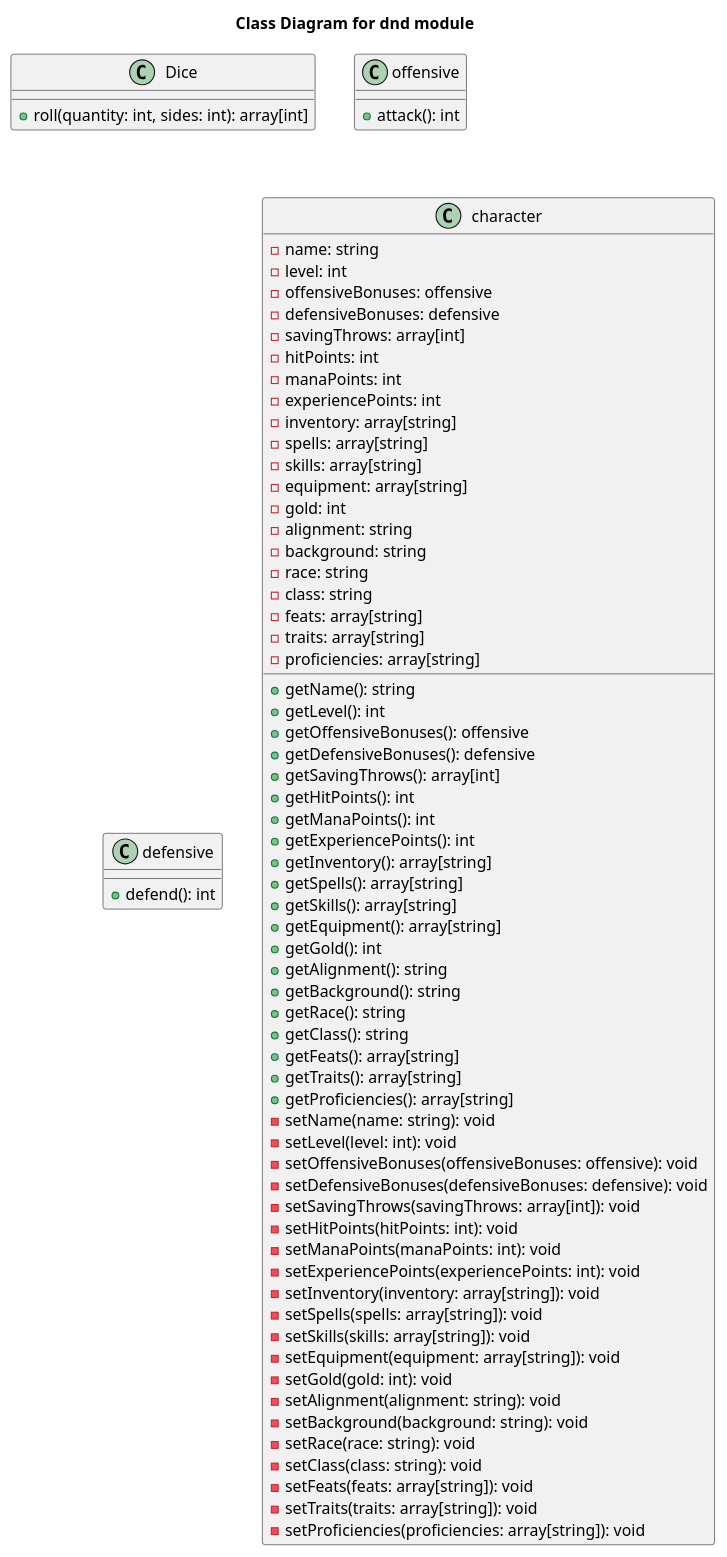
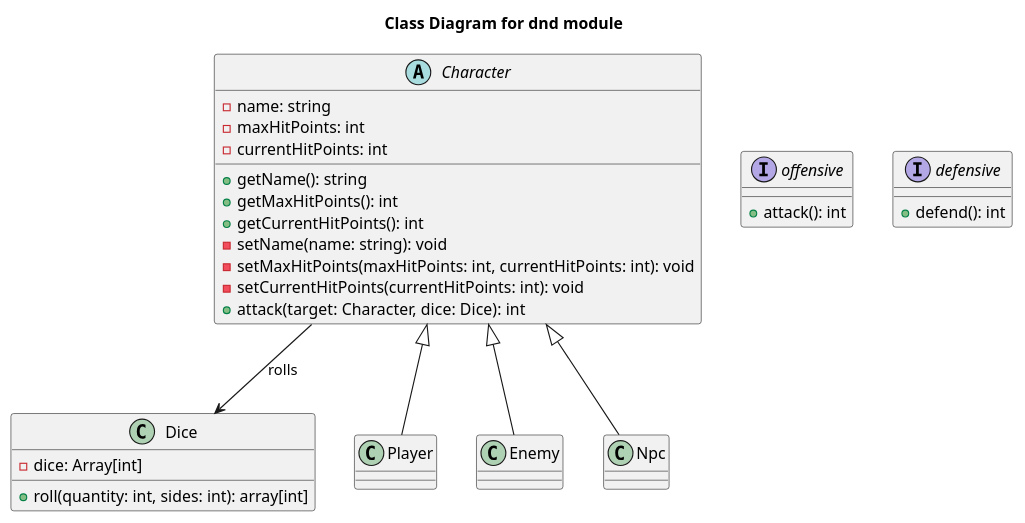
Before and after one commit to MrNegnar/DnDModule: the diagram in diagrams/classDiagram.puml, drawn with PlantUML.

Commit message:
simplify class diagram to make simpler start

```diff
--- a/diagrams/classDiagram.puml
+++ b/diagrams/classDiagram.puml
@@ -1,80 +1,46 @@
 @startuml classDiagram
 Title Class Diagram for dnd module
 
 class Dice {
+  -dice: Array[int]
   +roll(quantity: int, sides: int): array[int]
 }
 
-class offensive {
+Interface offensive {
   +attack(): int
 }
 
-class defensive {
+Interface defensive {
   +defend(): int
 }
 
-class character {
+abstract class Character {
   -name: string
-  -level: int
-  -offensiveBonuses: offensive
-  -defensiveBonuses: defensive
-  -savingThrows: array[int]
-  -hitPoints: int
-  -manaPoints: int
-  -experiencePoints: int
-  -inventory: array[string]
-  -spells: array[string]
-  -skills: array[string]
-  -equipment: array[string]
-  -gold: int
-  -alignment: string
-  -background: string
-  -race: string
-  -class: string
-  -feats: array[string]
-  -traits: array[string]
-  -proficiencies: array[string]
+  -maxHitPoints: int
+  -currentHitPoints: int
   +getName(): string
-  +getLevel(): int
-  +getOffensiveBonuses(): offensive
-  +getDefensiveBonuses(): defensive
-  +getSavingThrows(): array[int]
-  +getHitPoints(): int
-  +getManaPoints(): int
-  +getExperiencePoints(): int
-  +getInventory(): array[string]
-  +getSpells(): array[string]
-  +getSkills(): array[string]
-  +getEquipment(): array[string]
-  +getGold(): int
-  +getAlignment(): string
-  +getBackground(): string
-  +getRace(): string
-  +getClass(): string
-  +getFeats(): array[string]
-  +getTraits(): array[string]
-  +getProficiencies(): array[string]
+  +getMaxHitPoints(): int
+  +getCurrentHitPoints(): int
   -setName(name: string): void
-  -setLevel(level: int): void
-  -setOffensiveBonuses(offensiveBonuses: offensive): void
-  -setDefensiveBonuses(defensiveBonuses: defensive): void
-  -setSavingThrows(savingThrows: array[int]): void
-  -setHitPoints(hitPoints: int): void
-  -setManaPoints(manaPoints: int): void
-  -setExperiencePoints(experiencePoints: int): void
-  -setInventory(inventory: array[string]): void
-  -setSpells(spells: array[string]): void
-  -setSkills(skills: array[string]): void
-  -setEquipment(equipment: array[string]): void
-  -setGold(gold: int): void
-  -setAlignment(alignment: string): void
-  -setBackground(background: string): void
-  -setRace(race: string): void
-  -setClass(class: string): void
-  -setFeats(feats: array[string]): void
-  -setTraits(traits: array[string]): void
-  -setProficiencies(proficiencies: array[string]): void
+  -setMaxHitPoints(maxHitPoints: int, currentHitPoints: int): void
+  -setCurrentHitPoints(currentHitPoints: int): void
+  +attack(target: Character, dice: Dice): int
+}
+
+class Player extends Character {
+
+}
+
+class Enemy extends Character {
+
+}
+
+class Npc extends Character {
+
 }
 
 
+Character --> Dice : rolls
+
+
 @enduml
```
